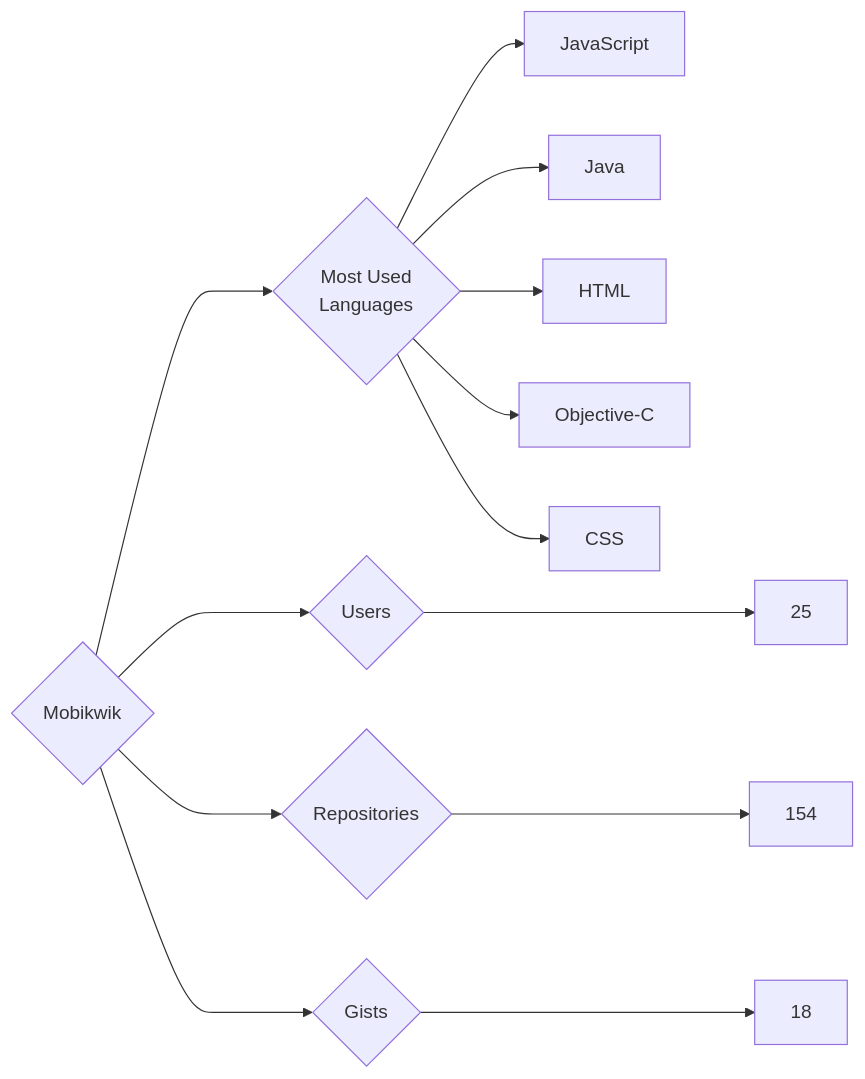
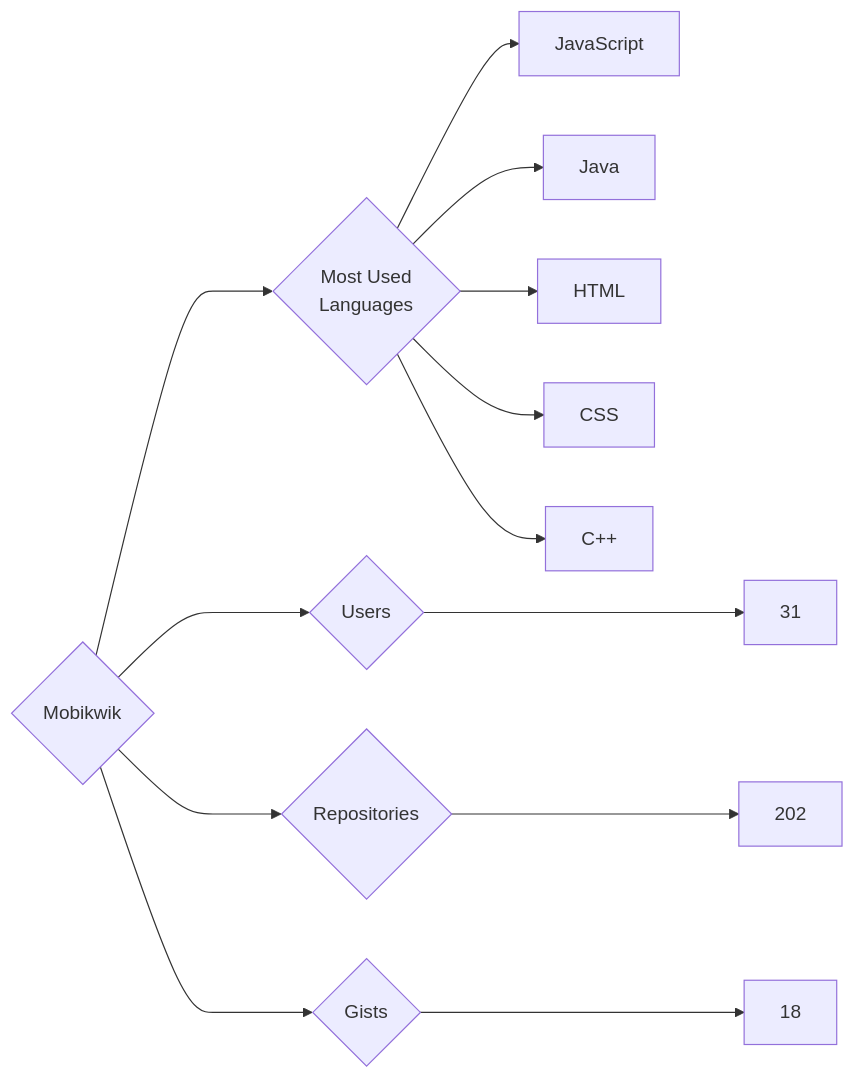
The diagram in targets/Mobikwik/README.md (trickest/insiders), drawn with Mermaid before and after one commit. The commit also changed 725 other files, not shown here.

````diff
--- a/targets/Mobikwik/README.md
+++ b/targets/Mobikwik/README.md
@@ -3,13 +3,13 @@
 ```mermaid
 graph LR
 COMPANY_NAME{Mobikwik}
-COMPANY_NAME ---> U{Users} ---> UN[25]
-COMPANY_NAME ---> R{Repositories} ---> RN[154]
+COMPANY_NAME ---> U{Users} ---> UN[31]
+COMPANY_NAME ---> R{Repositories} ---> RN[202]
 COMPANY_NAME ---> G{Gists} ---> GN[18]
 COMPANY_NAME ---> ML{Most Used<br>Languages}
 ML --> JavaScript[JavaScript]
 ML --> Java[Java]
 ML --> HTML[HTML]
-ML --> Objective-C[Objective-C]
 ML --> CSS[CSS]
+ML --> C++[C++]
 ```
````
